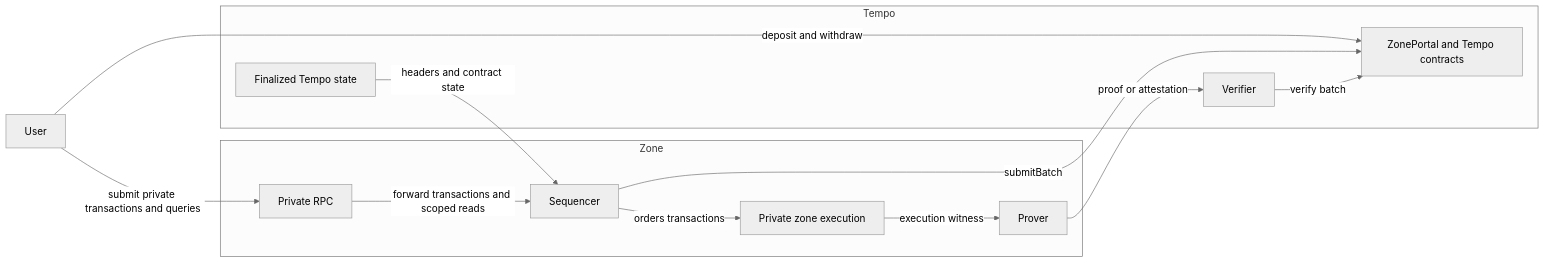
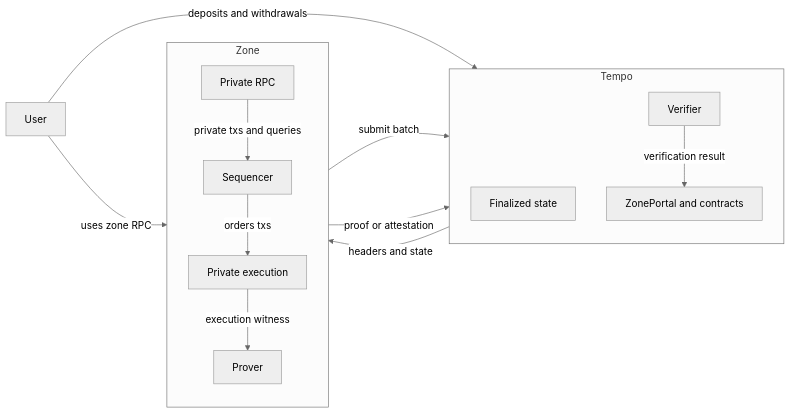
Before and after one commit to tempoxyz/zones: the first of 3 diagrams in docs/specs/privacy/overview.md, drawn with Mermaid (neutral theme).

Commit message:
docs: tidy zones system diagram
Rearrange the high-level system-components diagram to reduce long crossing edges and make the Tempo and zone flows easier to read in GitHub's Mermaid renderer.

Made-with: Cursor

````diff
--- a/docs/specs/privacy/overview.md
+++ b/docs/specs/privacy/overview.md
@@ -40,27 +40,29 @@
 ```mermaid
 flowchart LR
     User["User"]
 
     subgraph Tempo["Tempo"]
-        TempoStateSrc["Finalized Tempo state"]
-        Portal["ZonePortal and Tempo contracts"]
+        direction TB
+        TempoStateSrc["Finalized state"]
         Verifier["Verifier"]
+        Portal["ZonePortal and contracts"]
+        Verifier -->|verification result| Portal
     end
 
     subgraph Zone["Zone"]
+        direction TB
         RPC["Private RPC"]
         Sequencer["Sequencer"]
-        ZoneExec["Private zone execution"]
+        ZoneExec["Private execution"]
         Prover["Prover"]
+        RPC -->|private txs and queries| Sequencer
+        Sequencer -->|orders txs| ZoneExec
+        ZoneExec -->|execution witness| Prover
     end
 
-    User -->|submit private transactions and queries| RPC
-    User -->|deposit and withdraw| Portal
-    RPC -->|forward transactions and scoped reads| Sequencer
-    TempoStateSrc -->|headers and contract state| Sequencer
-    Sequencer -->|orders transactions| ZoneExec
-    ZoneExec -->|execution witness| Prover
-    Sequencer -->|submitBatch| Portal
+    User -->|uses zone RPC| RPC
+    User -->|deposits and withdrawals| Portal
+    TempoStateSrc -->|headers and state| Sequencer
+    Sequencer -->|submit batch| Portal
     Prover -->|proof or attestation| Verifier
-    Verifier -->|verify batch| Portal
 ```
````
